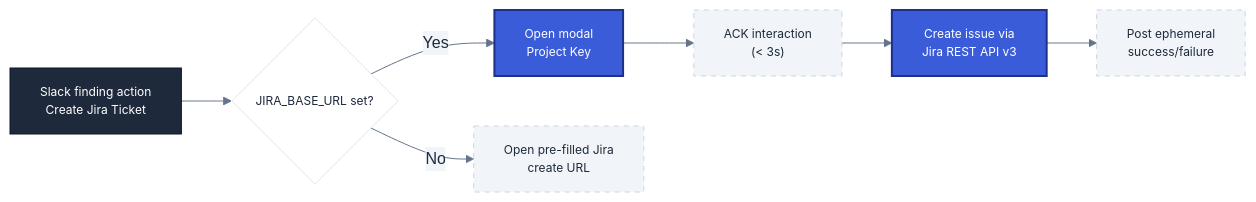
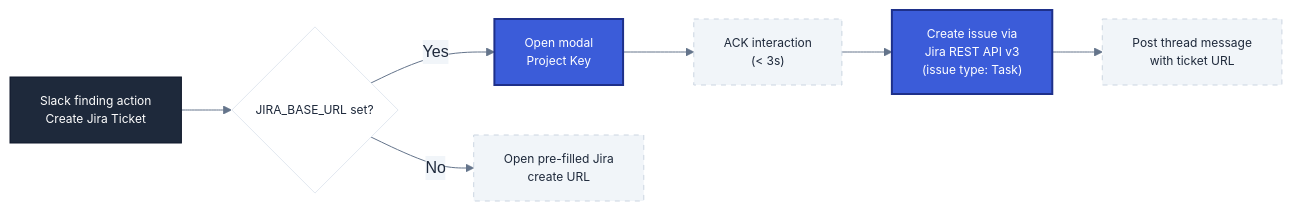
The fourth of 4 diagrams in docs/architecture.md (diegovelasquezweb/a11y-github-app), drawn with Mermaid before and after one commit. The commit also changed other lines of this file and 9 other files, not shown here.

````diff
--- a/docs/architecture.md
+++ b/docs/architecture.md
@@ -177,24 +176,24 @@
 ```mermaid
 %%{init: { 'theme': 'base', 'themeVariables': { 'primaryColor': '#3b5cd9', 'primaryTextColor': '#1e293b', 'primaryBorderColor': '#1e308a', 'lineColor': '#64748b', 'secondaryColor': '#f1f5f9', 'tertiaryColor': '#fff', 'mainBkg': '#fff', 'nodeBorder': '#e2e8f0', 'clusterBkg': '#f8fafc', 'clusterBorder': '#cbd5e1' } } }%%
 flowchart LR
     SLK["Slack finding action<br/>Create Jira Ticket"]
     MODE{"JIRA_BASE_URL set?"}
     MODAL["Open modal<br/>Project Key"]
     ACK["ACK interaction<br/>(< 3s)"]
-    API["Create issue via<br/>Jira REST API v3"]
-    EPH["Post ephemeral<br/>success/failure"]
+    API["Create issue via<br/>Jira REST API v3<br/>(issue type: Task)"]
+    MSG["Post thread message<br/>with ticket URL"]
     URL["Open pre-filled Jira<br/>create URL"]
 
     SLK --> MODE
-    MODE -->|Yes| MODAL --> ACK --> API --> EPH
+    MODE -->|Yes| MODAL --> ACK --> API --> MSG
     MODE -->|No| URL
 
     classDef default font-family:Inter,sans-serif,font-size:12px;
     classDef core fill:#3b5cd9,color:#fff,stroke:#1e308a,stroke-width:2px;
     classDef trigger fill:#1e293b,color:#fff,stroke:#0f172a;
     classDef storage fill:#f1f5f9,stroke:#cbd5e1,stroke-dasharray: 5 5;
 
     class SLK trigger;
     class API,MODAL core;
-    class ACK,EPH,URL storage;
+    class ACK,MSG,URL storage;
 ```
````
